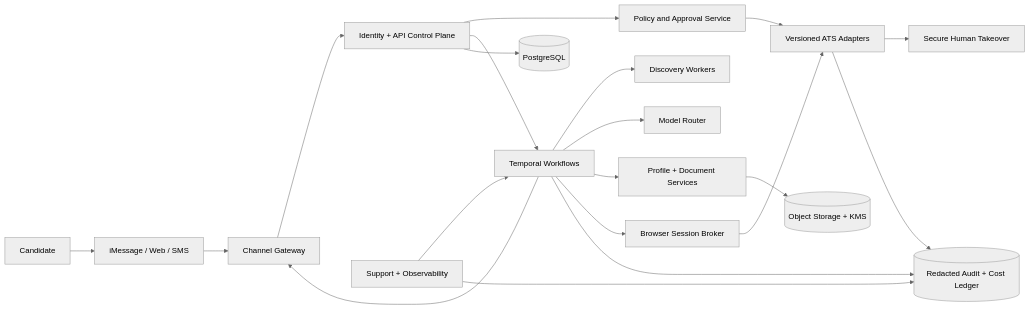
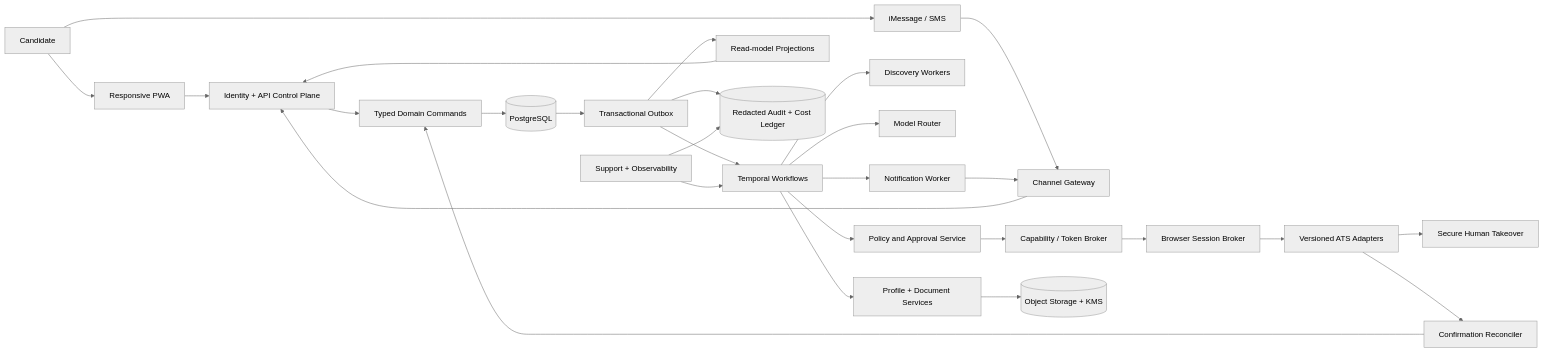
The first of 3 diagrams in docs/architecture/system-architecture.md (zackrichland/roledawn), drawn with Mermaid (neutral theme) before and after one commit. The commit also changed other lines of this file and 122 other files, not shown here.

````diff
--- a/docs/architecture/system-architecture.md
+++ b/docs/architecture/system-architecture.md
@@ -26,25 +26,28 @@
 ```mermaid
 flowchart LR
-    U["Candidate"] --> CH["iMessage / Web / SMS"]
-    CH --> CG["Channel Gateway"]
-    CG --> API["Identity + API Control Plane"]
-    API --> POL["Policy and Approval Service"]
-    API --> WF["Temporal Workflows"]
-
+    U["Candidate"] --> WEB["Responsive PWA"]
+    U --> CH["iMessage / SMS"]
+    WEB --> API["Identity + API Control Plane"]
+    CH --> CG["Channel Gateway"] --> API
+    API --> CMD["Typed Domain Commands"]
+    CMD --> PG[("PostgreSQL")]
+    PG --> OUT["Transactional Outbox"]
+    OUT --> WF["Temporal Workflows"]
     WF --> DISC["Discovery Workers"]
     WF --> MR["Model Router"]
     WF --> DOC["Profile + Document Services"]
-    WF --> BB["Browser Session Broker"]
+    WF --> POL["Policy and Approval Service"]
+    POL --> CAP["Capability / Token Broker"]
+    CAP --> BB["Browser Session Broker"]
     BB --> ATS["Versioned ATS Adapters"]
     ATS --> HT["Secure Human Takeover"]
-
-    API --> PG[("PostgreSQL")]
+    ATS --> REC["Confirmation Reconciler"]
+    REC --> CMD
     DOC --> OBJ[("Object Storage + KMS")]
-    WF --> AUD[("Redacted Audit + Cost Ledger")]
-    ATS --> AUD
-    POL --> ATS
-    WF --> CG
-
+    OUT --> RM["Read-model Projections"]
+    OUT --> AUD[("Redacted Audit + Cost Ledger")]
+    RM --> API
+    WF --> NOTIFY["Notification Worker"] --> CG
     OPS["Support + Observability"] --> WF
     OPS --> AUD
 ```
````
